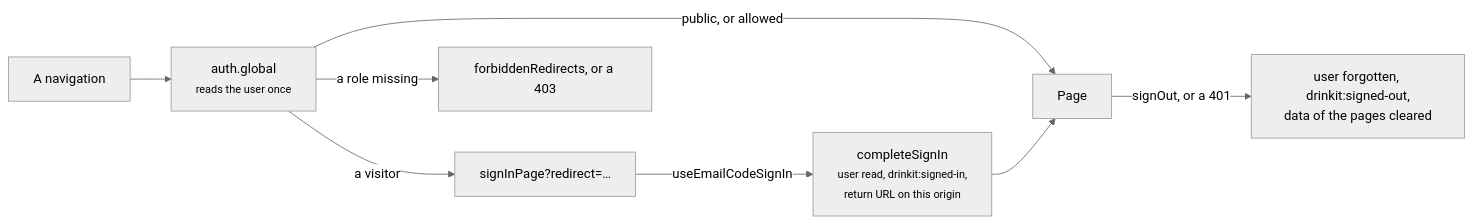
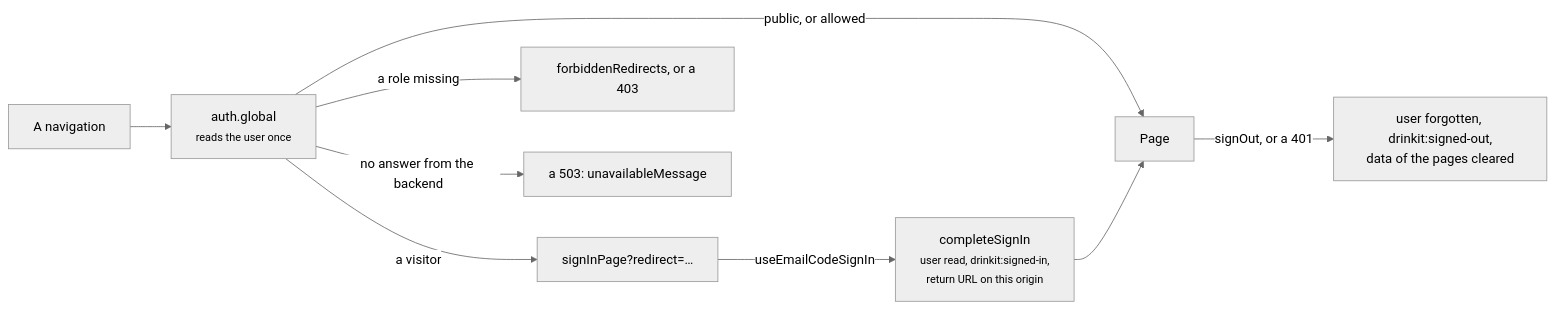
One commit to mboisnard/drinkit changed the diagram in tech-starters/frontend/security-starter/README.md. Above: the diagram before and after it, drawn with Mermaid (neutral theme). The commit also changed other lines of this file and 3 other files, not shown here.

Commit message:
[TECH-STARTER] Show that the server cannot be reached when the backend gives no answer to a page, rather than a 500 (#678)

````diff
--- a/tech-starters/frontend/security-starter/README.md
+++ b/tech-starters/frontend/security-starter/README.md
@@ -12,10 +12,11 @@
 ```mermaid
 flowchart LR
   Nav["A navigation"] --> MW["auth.global<br/><small>reads the user once</small>"]
   MW -- "public, or allowed" --> Page
   MW -- "a visitor" --> SignIn["signInPage?redirect=…"]
   MW -- "a role missing" --> Other["forbiddenRedirects, or a 403"]
+  MW -- "no answer from the backend" --> Down["a 503: unavailableMessage"]
   SignIn -- "useEmailCodeSignIn" --> Done["completeSignIn<br/><small>user read, drinkit:signed-in,<br/>return URL on this origin</small>"]
   Done --> Page
   Page -- "signOut, or a 401" --> Out["user forgotten, drinkit:signed-out,<br/>data of the pages cleared"]
 ```
````
